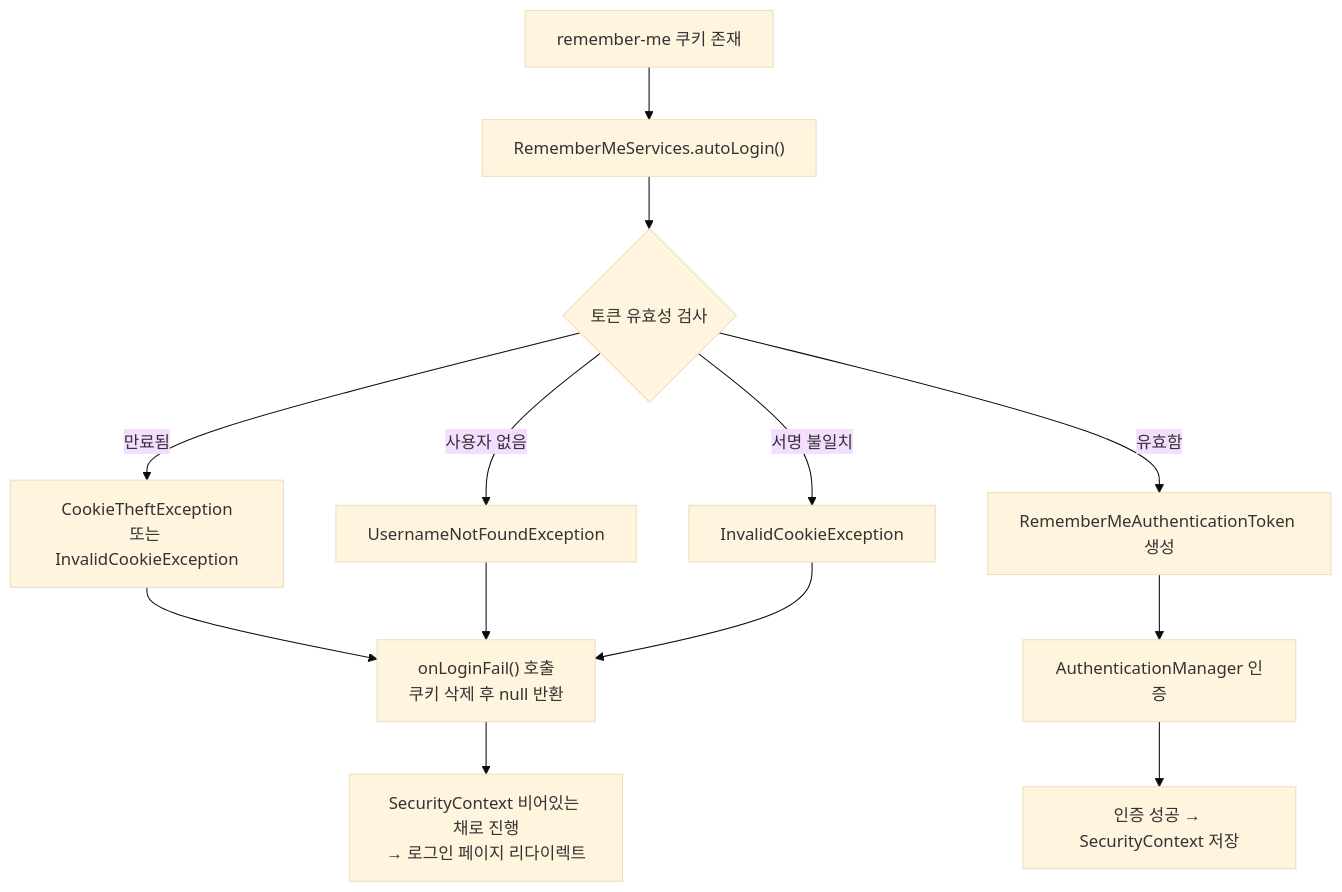
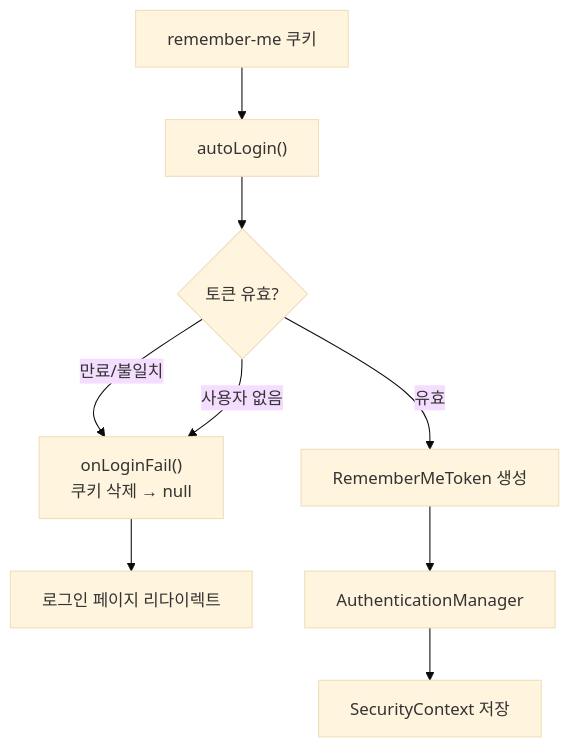
The second of 2 diagrams in _posts/security/2021-01-24-RememberMeAuthentication.md (yjkim2015/yjkim2015.github.io), drawn with Mermaid (base theme) before and after one commit. The commit also changed other lines of this file and 215 other files, not shown here.

First line of the commit message:
신규 포스트 10개 추가 + Mermaid 전면 축소 + SystemDesign 시리즈 보강

````diff
--- a/_posts/security/2021-01-24-RememberMeAuthentication.md
+++ b/_posts/security/2021-01-24-RememberMeAuthentication.md
@@ -91,15 +81,11 @@
 ```mermaid
 flowchart TD
-    A["remember-me 쿠키 존재"] --> B["RememberMeServices.autoLogin()"]
-    B --> C{"토큰 유효성 검사"}
-    C -- "만료됨" --> D["CookieTheftException\n또는 InvalidCookieException"]
-    C -- "사용자 없음" --> E["UsernameNotFoundException"]
-    C -- "서명 불일치" --> F["InvalidCookieException"]
-    C -- "유효함" --> G["RememberMeAuthenticationToken 생성"]
-    D --> H["onLoginFail() 호출\n쿠키 삭제 후 null 반환"]
-    E --> H
-    F --> H
-    G --> I["AuthenticationManager 인증"]
-    H --> J["SecurityContext 비어있는 채로 진행\n→ 로그인 페이지 리다이렉트"]
-    I --> K["인증 성공 → SecurityContext 저장"]
+    A["remember-me 쿠키"] --> B["autoLogin()"]
+    B --> C{"토큰 유효?"}
+    C -- "만료/불일치" --> D["onLoginFail()\n쿠키 삭제 → null"]
+    C -- "사용자 없음" --> D
+    C -- "유효" --> E["RememberMeToken 생성"]
+    D --> F["로그인 페이지 리다이렉트"]
+    E --> G["AuthenticationManager"]
+    G --> F2["SecurityContext 저장"]
 ```
````
